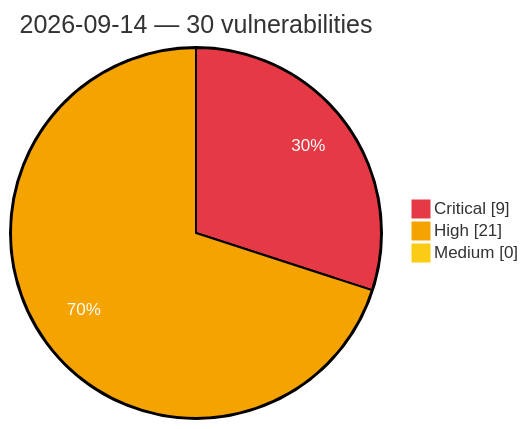
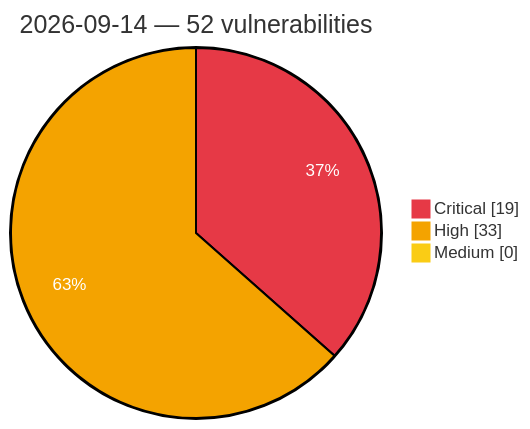
One commit to GhostX0X/vuln-tracker changed the diagram in vulnerabilities/2026/September/2026-09-14.md. Above: the diagram before and after it, drawn with Mermaid. The commit also changed other lines of this file and 5 other files, not shown here.

Commit message:
Auto update: critical/high vulns (2026-09-14 16:45 UTC)

````diff
--- a/vulnerabilities/2026/September/2026-09-14.md
+++ b/vulnerabilities/2026/September/2026-09-14.md
@@ -3,8 +3,8 @@
 ```mermaid
 %%{init: {'theme':'base', 'themeVariables': {'pie1':'#e63946', 'pie2':'#f4a300', 'pie3':'#facc15', 'pieOpacity':'1', 'pieOuterStrokeWidth':'2px', 'pieSectionTextColor':'#ffffff'}}}%%
 pie showData
-    title 2026-09-14 — 30 vulnerabilities
-    "Critical" : 9
-    "High" : 21
+    title 2026-09-14 — 52 vulnerabilities
+    "Critical" : 19
+    "High" : 33
     "Medium" : 0
 ```
````
